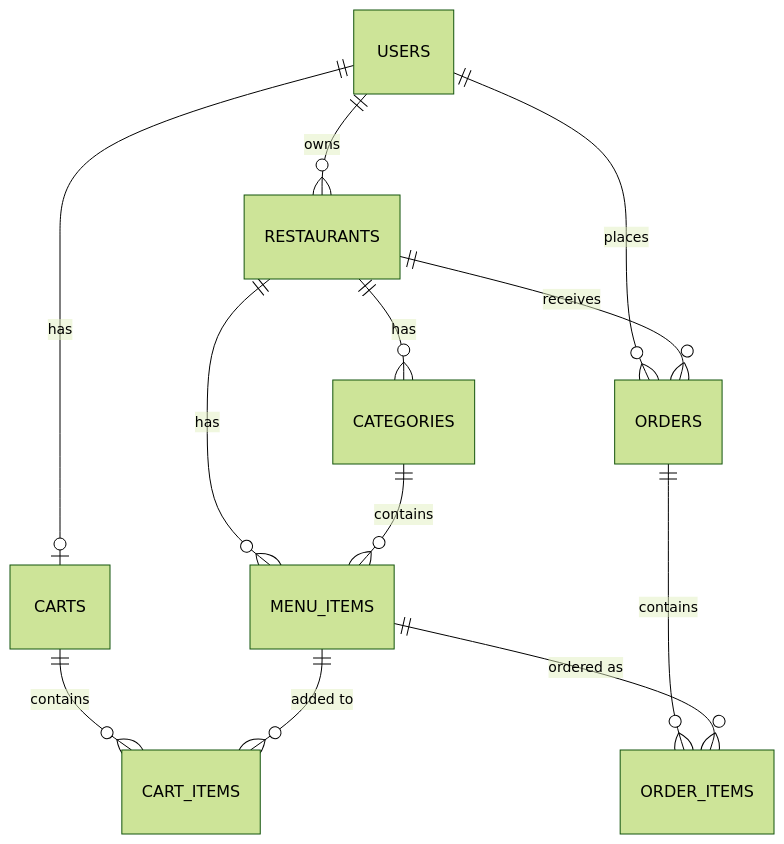
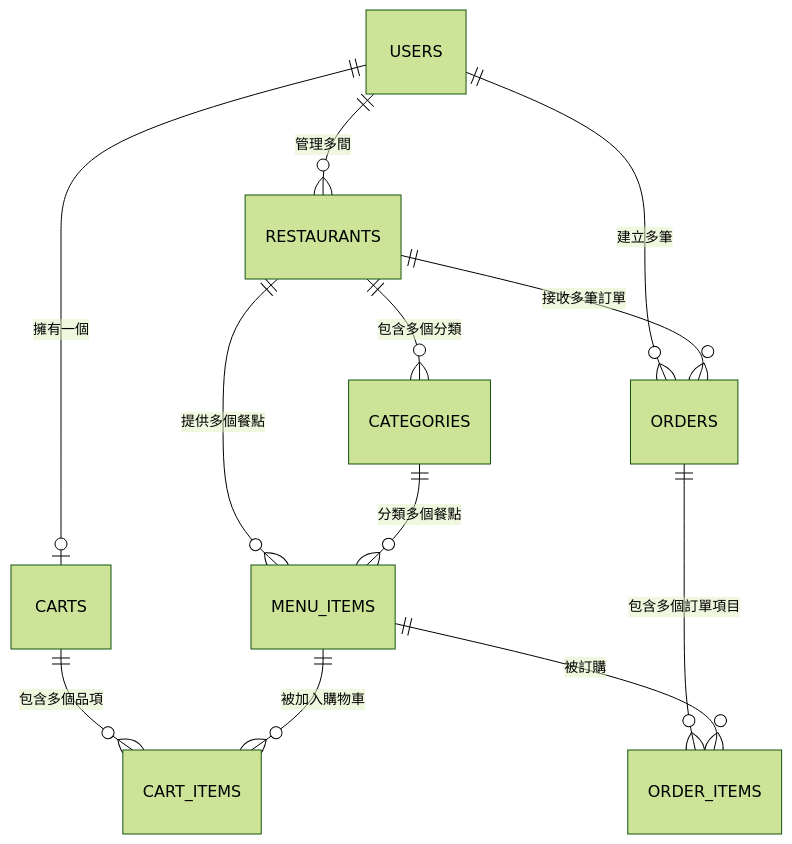
Before and after one commit to chinglin-k/Render-test: the diagram in doc/data-model.md, drawn with Mermaid (forest theme). The commit also changed other lines of this file and 6 other files, not shown here.

````diff
--- a/doc/data-model.md
+++ b/doc/data-model.md
@@ -5,14 +10,14 @@
 ```mermaid
 erDiagram
-    USERS ||--o| CARTS : has
-    USERS ||--o{ ORDERS : places
-    USERS ||--o{ RESTAURANTS : owns
-    RESTAURANTS ||--o{ CATEGORIES : has
-    RESTAURANTS ||--o{ MENU_ITEMS : has
-    RESTAURANTS ||--o{ ORDERS : receives
-    CATEGORIES ||--o{ MENU_ITEMS : contains
-    CARTS ||--o{ CART_ITEMS : contains
-    MENU_ITEMS ||--o{ CART_ITEMS : "added to"
-    ORDERS ||--o{ ORDER_ITEMS : contains
-    MENU_ITEMS ||--o{ ORDER_ITEMS : "ordered as"
+    USERS ||--o| CARTS : "擁有一個"
+    USERS ||--o{ ORDERS : "建立多筆"
+    USERS ||--o{ RESTAURANTS : "管理多間"
+    RESTAURANTS ||--o{ CATEGORIES : "包含多個分類"
+    RESTAURANTS ||--o{ MENU_ITEMS : "提供多個餐點"
+    RESTAURANTS ||--o{ ORDERS : "接收多筆訂單"
+    CATEGORIES ||--o{ MENU_ITEMS : "分類多個餐點"
+    CARTS ||--o{ CART_ITEMS : "包含多個品項"
+    MENU_ITEMS ||--o{ CART_ITEMS : "被加入購物車"
+    ORDERS ||--o{ ORDER_ITEMS : "包含多個訂單項目"
+    MENU_ITEMS ||--o{ ORDER_ITEMS : "被訂購"
 ```
````
